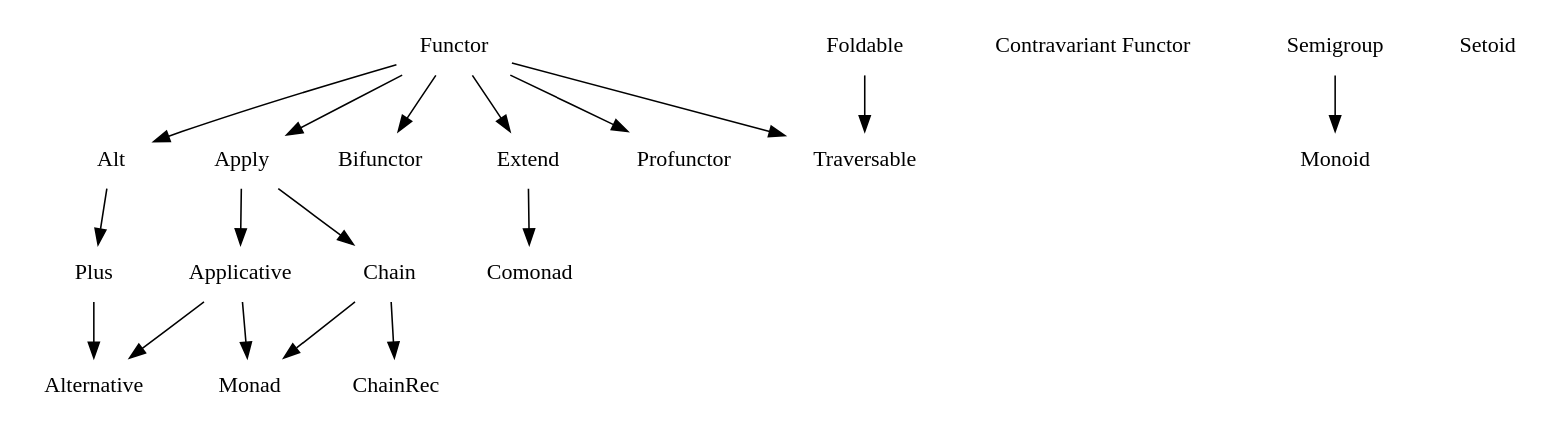
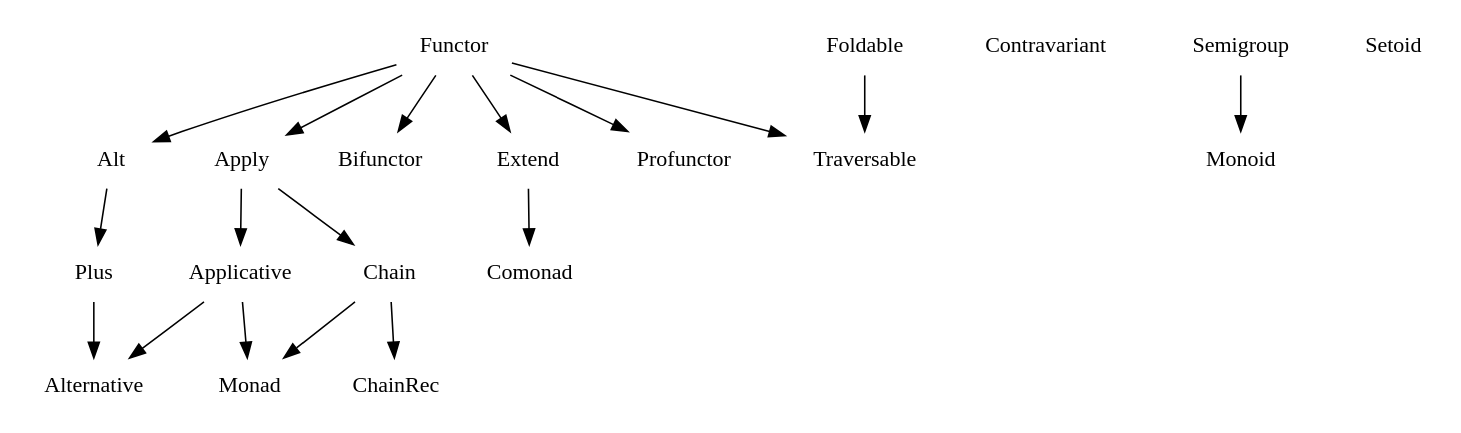
Before and after one commit to fantasyland/fantasy-land: the diagram in figures/dependencies.dot, drawn with Graphviz.

Commit message:
Update algebra name in dependencies graph

```diff
--- a/figures/dependencies.dot
+++ b/figures/dependencies.dot
@@ -1,43 +1,43 @@
 digraph {
   node [shape=plaintext]
 
   # Algebras
   Alt;
   Alternative;
   Applicative;
   Apply;
   Bifunctor;
   Chain;
   ChainRec;
   Comonad;
   Extend;
   Foldable;
   Functor;
-  "Contravariant Functor";
+  Contravariant;
   Monad;
   Monoid;
   Plus;
   Profunctor;
   Semigroup;
   Setoid;
   Traversable;
 
   # Dependencies
   Alt -> Plus;
   Applicative -> Alternative;
   Applicative -> Monad;
   Apply -> Applicative;
   Apply -> Chain;
   Chain -> ChainRec;
   Chain -> Monad;
   Extend -> Comonad;
   Foldable -> Traversable;
   Functor -> Alt;
   Functor -> Apply;
   Functor -> Bifunctor;
   Functor -> Extend;
   Functor -> Profunctor;
   Functor -> Traversable;
   Plus -> Alternative;
   Semigroup -> Monoid;
 }
```
